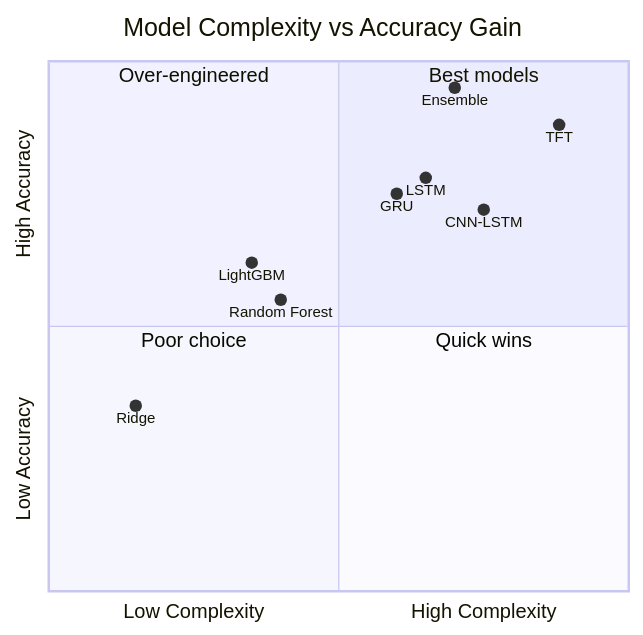
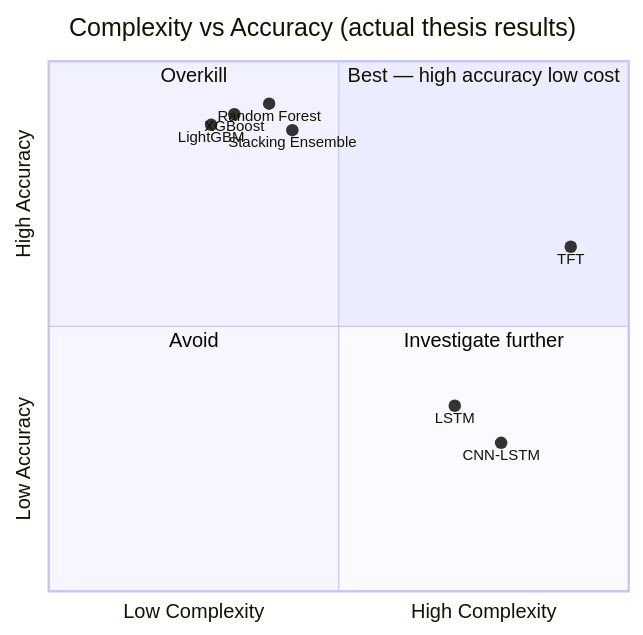
One commit to danbujoreanu/building-energy-load-forecast changed the third of 3 diagrams in README.md. Above: the diagram before and after it, drawn with Mermaid. The commit also changed other lines of this file and 2 other files, not shown here.

First line of the commit message:
docs: update results with real thesis data, add HOW_TO_RUN guide

````diff
--- a/README.md
+++ b/README.md
@@ -115,18 +115,17 @@
 ```mermaid
 quadrantChart
-    title Model Complexity vs Accuracy Gain
+    title Complexity vs Accuracy (actual thesis results)
     x-axis Low Complexity --> High Complexity
     y-axis Low Accuracy --> High Accuracy
-    quadrant-1 Best models
-    quadrant-2 Over-engineered
-    quadrant-3 Poor choice
-    quadrant-4 Quick wins
-    Ridge: [0.15, 0.35]
-    LightGBM: [0.35, 0.62]
-    Random Forest: [0.40, 0.55]
-    LSTM: [0.65, 0.78]
-    GRU: [0.60, 0.75]
-    CNN-LSTM: [0.75, 0.72]
-    TFT: [0.88, 0.88]
-    Ensemble: [0.70, 0.95]
+    quadrant-1 Best — high accuracy low cost
+    quadrant-2 Overkill
+    quadrant-3 Avoid
+    quadrant-4 Investigate further
+    Random Forest: [0.38, 0.92]
+    XGBoost: [0.32, 0.90]
+    LightGBM: [0.28, 0.88]
+    Stacking Ensemble: [0.42, 0.87]
+    TFT: [0.90, 0.65]
+    LSTM: [0.70, 0.35]
+    CNN-LSTM: [0.78, 0.28]
 ```
````
